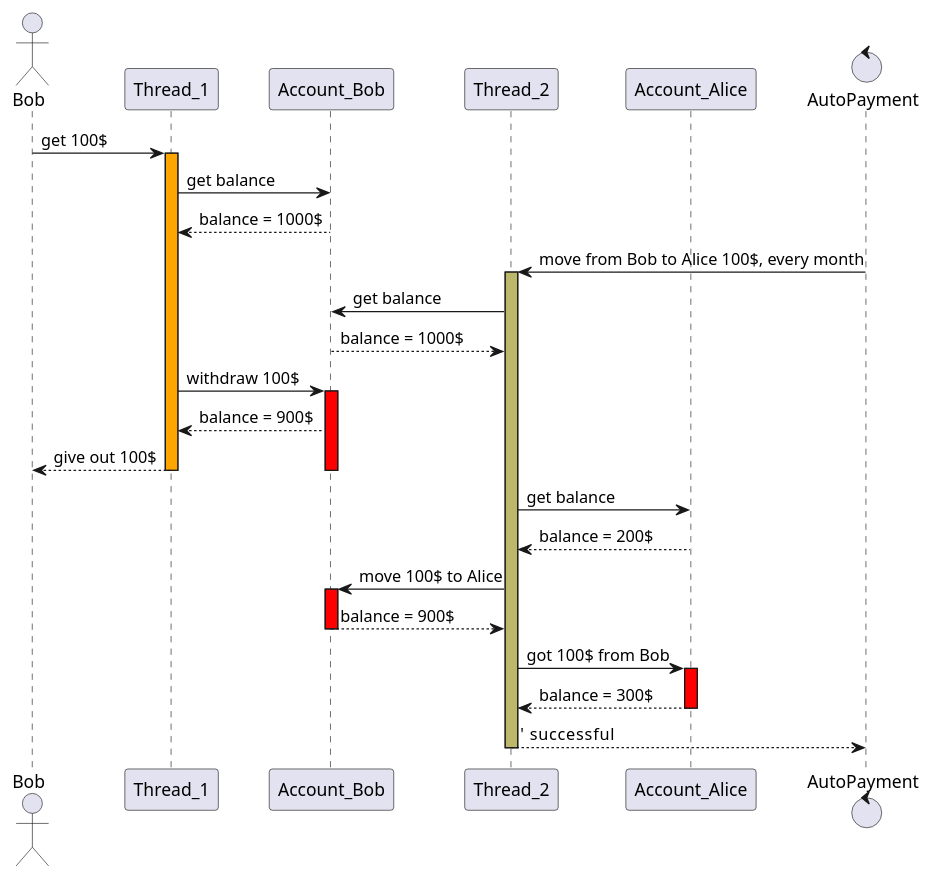
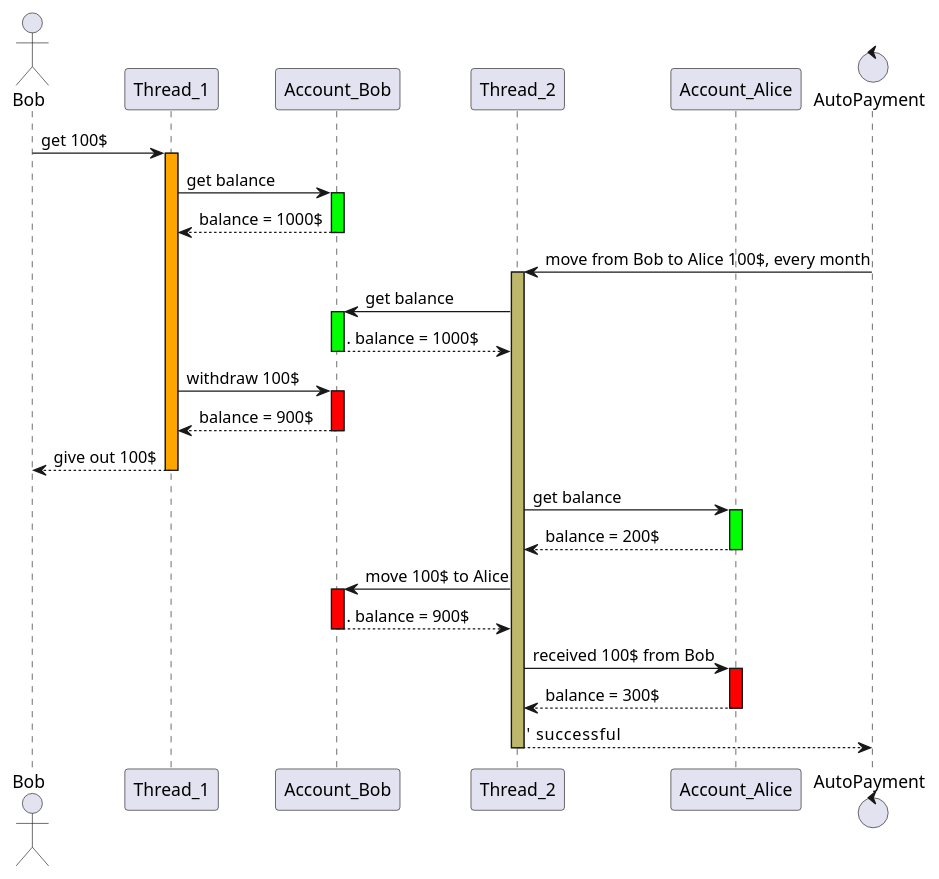
One commit to antkorwin/antkorwin.github.io changed the first of 2 diagrams in concurrency/synchronized_by_multiple_keys.adoc. Above: the diagram before and after it, drawn with PlantUML. The commit also changed other lines of this file and 17 other files, not shown here.

```diff
--- a/concurrency/synchronized_by_multiple_keys.adoc
+++ b/concurrency/synchronized_by_multiple_keys.adoc
@@ -14,33 +14,39 @@
 [plantuml]
 ....
 actor Bob
 control AutoPayment
 Bob -> Thread_1 : get 100$
 activate Thread_1 #orange
 Thread_1 -> Account_Bob : get balance
+activate Account_Bob #lime
 Account_Bob --> Thread_1 : balance = 1000$
+deactivate Account_Bob
 AutoPayment -> Thread_2 : move from Bob to Alice 100$, every month
 activate Thread_2 #DarkKhaki
 Thread_2 -> Account_Bob : get balance
-Account_Bob --> Thread_2 : balance = 1000$
+activate Account_Bob #lime
+Account_Bob --> Thread_2 :. balance = 1000$
+deactivate Account_Bob
 Thread_1 -> Account_Bob : withdraw 100$
 activate Account_Bob #red
 Account_Bob --> Thread_1 : balance = 900$
+deactivate Account_Bob
 Thread_1 --> Bob : give out 100$
-deactivate Account_Bob
 deactivate Thread_1
 Thread_2 -> Account_Alice : get balance
+activate Account_Alice #lime
 Account_Alice --> Thread_2 : balance = 200$
+deactivate Account_Alice
 Thread_2 -> Account_Bob : move 100$ to Alice
 activate Account_Bob #red
-Account_Bob --> Thread_2 :  balance = 900$
+Account_Bob --> Thread_2 :. balance = 900$
 deactivate Account_Bob
-Thread_2 -> Account_Alice : got 100$ from Bob
+Thread_2 -> Account_Alice : received 100$ from Bob
 activate Account_Alice #red
 Account_Alice --> Thread_2 : balance = 300$
 deactivate Account_Alice
 Thread_2 --> AutoPayment :'   successful
 deactivate Account_Alice
 deactivate Thread_2
 control AutoPayment
 ....
```
